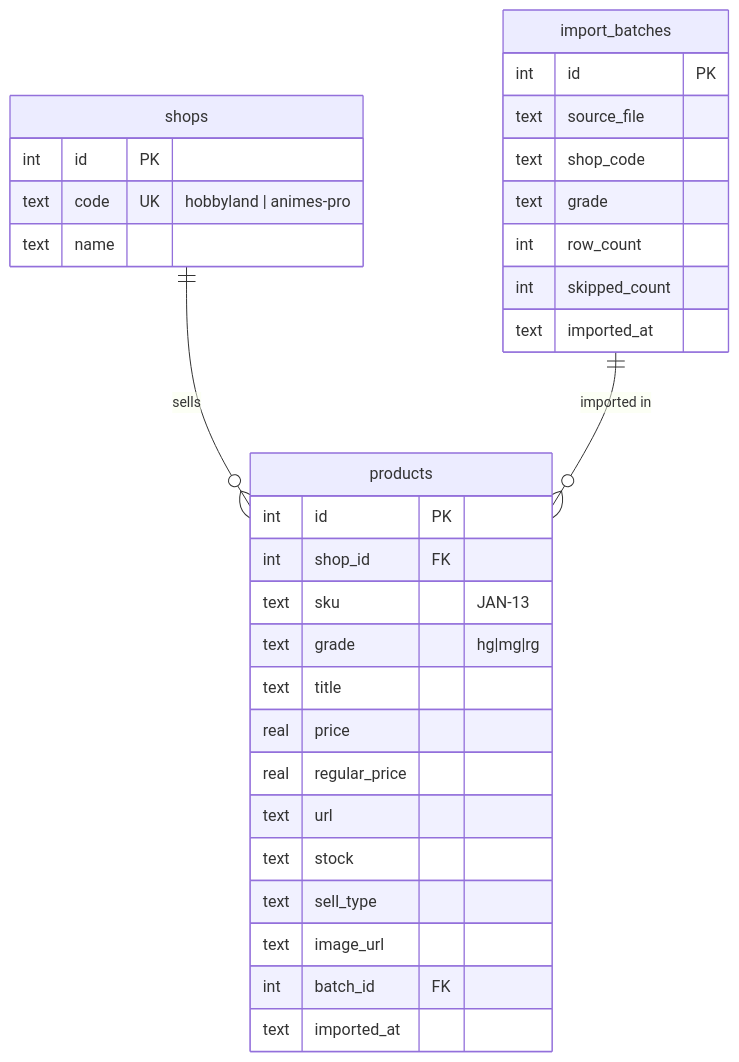
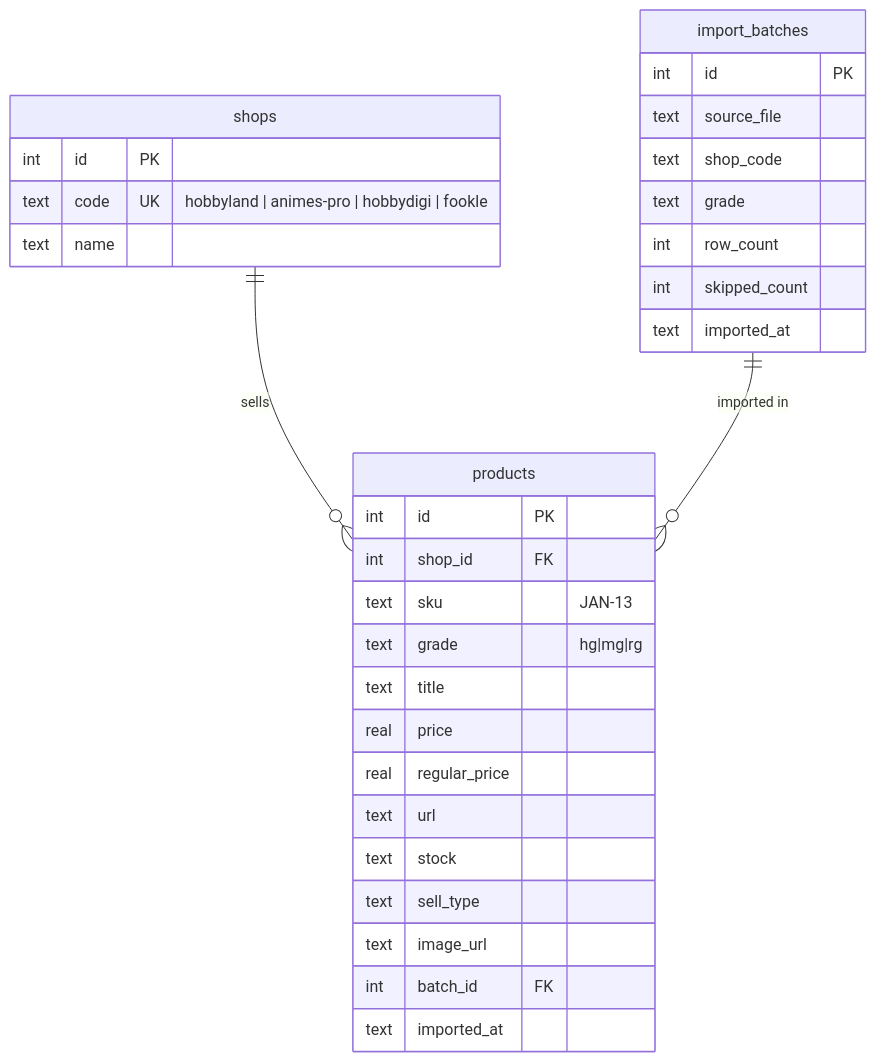
Before and after one commit to jakwong1981/hobbyland: the sixth of 7 diagrams in docs/ARCHITECTURE.md, drawn with Mermaid. The commit also changed other lines of this file and 22 other files, not shown here.

````diff
--- a/docs/ARCHITECTURE.md
+++ b/docs/ARCHITECTURE.md
@@ -142,34 +142,34 @@
 ```mermaid
 erDiagram
     shops ||--o{ products : sells
     import_batches ||--o{ products : "imported in"
     shops {
         int id PK
-        text code UK "hobbyland | animes-pro"
+        text code UK "hobbyland | animes-pro | hobbydigi | fookle"
         text name
     }
     import_batches {
         int id PK
         text source_file
         text shop_code
         text grade
         int row_count
         int skipped_count
         text imported_at
     }
     products {
         int id PK
         int shop_id FK
         text sku "JAN-13"
         text grade "hg|mg|rg"
         text title
         real price
         real regular_price
         text url
         text stock
         text sell_type
         text image_url
         int batch_id FK
         text imported_at
     }
 ```
````
